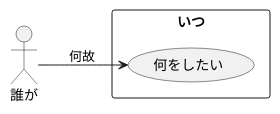
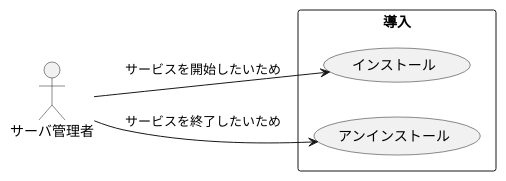
One commit to peregrin8alde/learn-ossdb-gold changed the diagram in site/content/ja/docs/Appendix/uml/usecase/install/usecases.puml. Above: the diagram before and after it, drawn with PlantUML. The commit also changed 2 other files, not shown here.

```diff
--- a/site/content/ja/docs/Appendix/uml/usecase/install/usecases.puml
+++ b/site/content/ja/docs/Appendix/uml/usecase/install/usecases.puml
@@ -1,33 +1,24 @@
 @startuml
 left to right direction
 
 /'
 actor "誰が" as who
 
 rectangle "いつ" {
   usecase "何をしたい" as UC1
 }
 who --> (UC1) : 何故
 '/
 
-actor "誰が" as who
-
-rectangle "いつ" {
-  usecase "何をしたい" as UC1
-}
-who --> (UC1) : 何故
-
-
-
-/'
 actor "サーバ管理者" as admin
 
 rectangle "導入" {
   usecase "インストール" as UC1
   usecase "アンインストール" as UC2
 }
-admin --> (UC1) : コマンドラインで\n実施
-admin --> (UC2) : コマンドラインで\n実施
-'/
+admin --> (UC1) : サービスを開始したいため
+admin --> (UC2) : サービスを終了したいため
+
+
 
 @enduml
```
